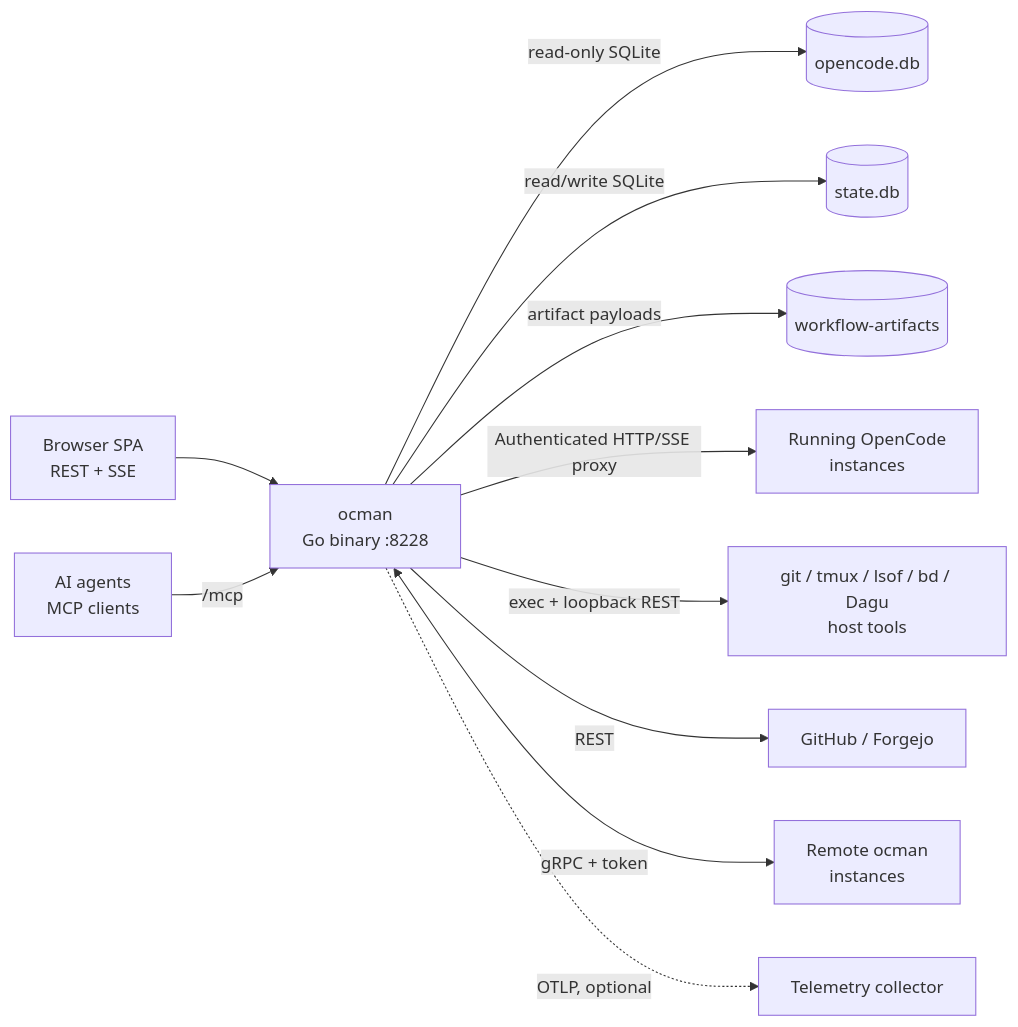
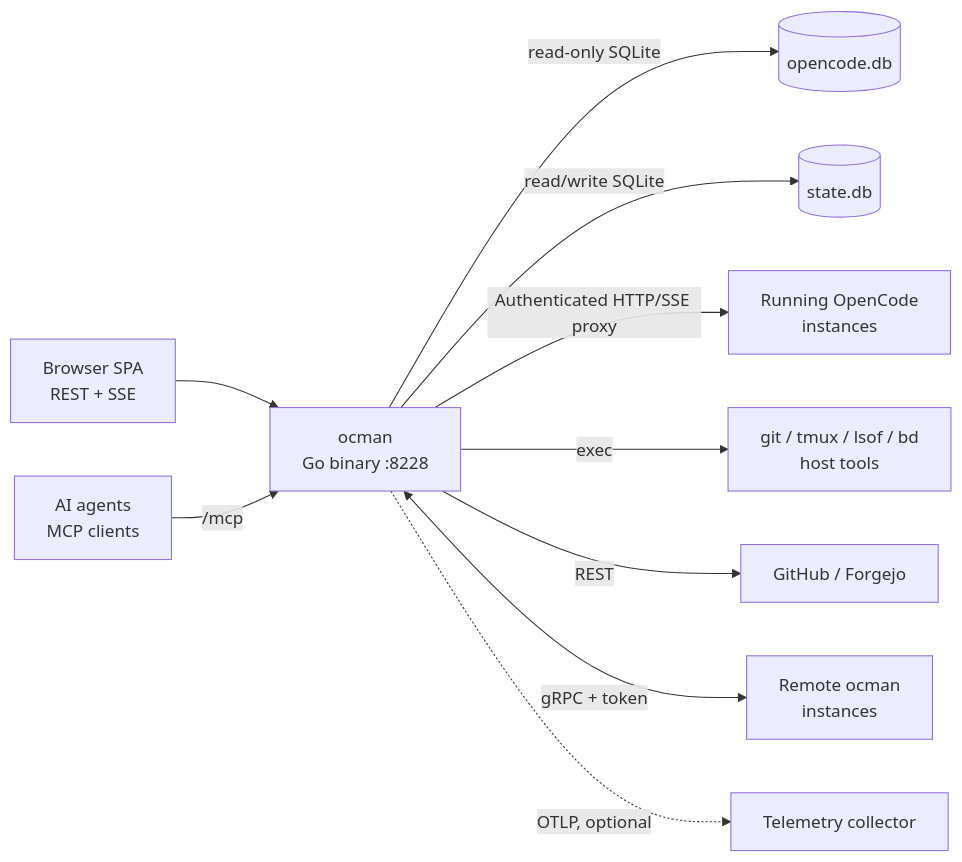
Before and after one commit to ocman/ocman: the second of 5 diagrams in docs/other/architecture.md, drawn with Mermaid. The commit also changed other lines of this file and 11 other files, not shown here.

````diff
--- a/docs/other/architecture.md
+++ b/docs/other/architecture.md
@@ -45,13 +45,12 @@
 ```mermaid
 flowchart LR
     Browser[Browser SPA<br/>REST + SSE] --> Ocman[ocman<br/>Go binary :8228]
     Agent[AI agents<br/>MCP clients] -->|/mcp| Ocman
     Ocman -->|read-only SQLite| OCDB[(opencode.db)]
     Ocman -->|read/write SQLite| StateDB[(state.db)]
-    Ocman -->|artifact payloads| Blobs[(workflow-artifacts)]
     Ocman -->|Authenticated HTTP/SSE proxy| OCInst[Running OpenCode<br/>instances]
-    Ocman -->|exec + loopback REST| Shell[git / tmux / lsof / bd / Dagu<br/>host tools]
+    Ocman -->|exec| Shell[git / tmux / lsof / bd<br/>host tools]
     Ocman -->|REST| Forges[GitHub / Forgejo]
     Ocman <-->|gRPC + token| Remotes[Remote ocman<br/>instances]
     Ocman -.->|OTLP, optional| Otel[Telemetry collector]
 ```
````
